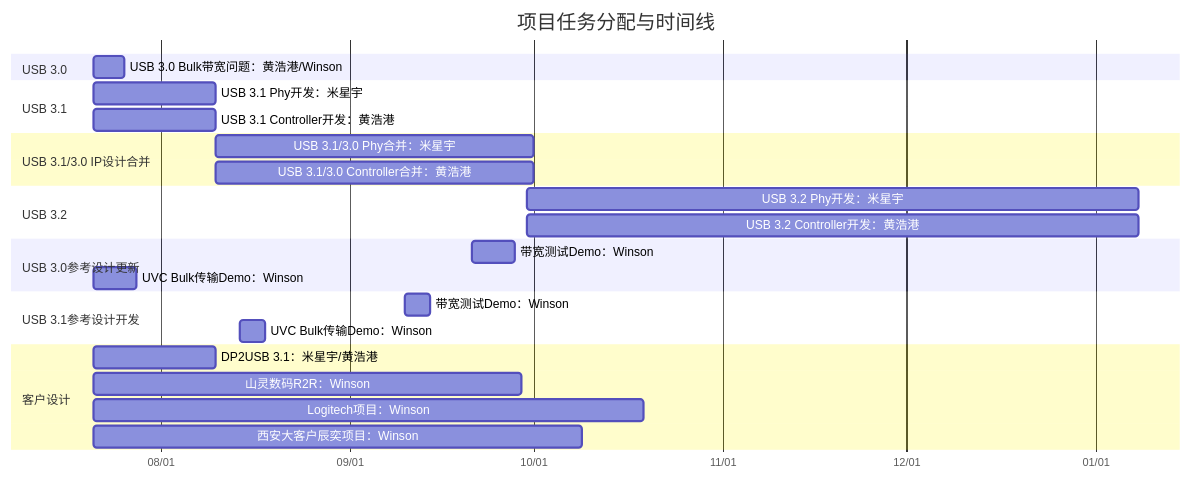
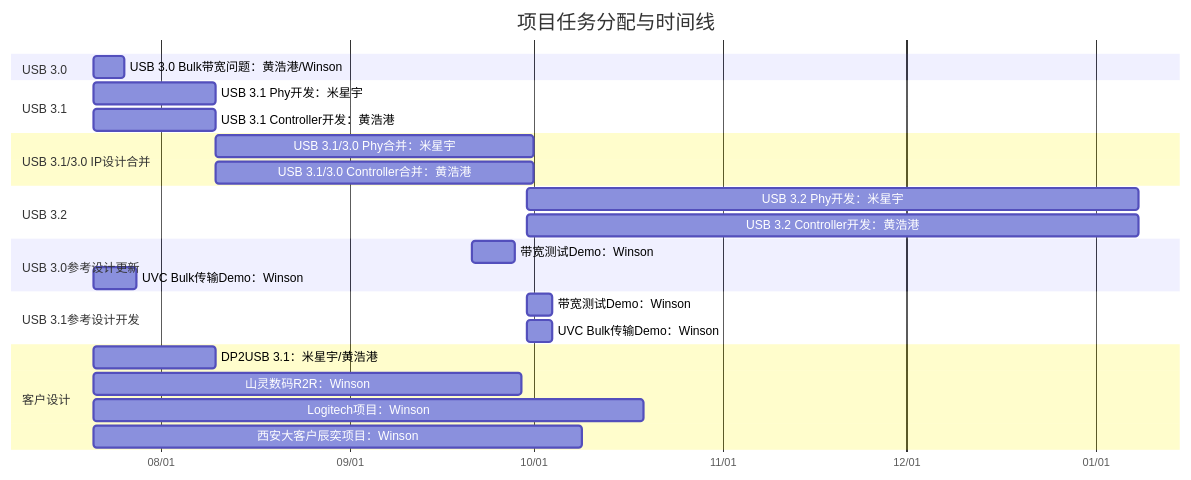
The diagram in all/未命名.md (winsonbook/iodraw-files), drawn with Mermaid before and after one commit.

Commit message:
2025-07-21 10:12:52 update

````diff
--- a/all/未命名.md
+++ b/all/未命名.md
@@ -1,35 +1,35 @@
 ```mermaid
 gantt
     title 项目任务分配与时间线
     dateFormat  YYYY-MM-DD
     axisFormat  %m/%d
 
     section USB 3.0
     USB 3.0 Bulk带宽问题：黄浩港/Winson   :    task1, 2025-07-21, 5d
 
     section USB 3.1
     USB 3.1 Phy开发：米星宇      :         task2, 2025-07-21, 20d
     USB 3.1 Controller开发：黄浩港      :  task3, 2025-07-21, 20d
 
     section USB 3.1/3.0 IP设计合并
     USB 3.1/3.0 Phy合并：米星宇       :    task4, 2025-08-10, 52d
     USB 3.1/3.0 Controller合并：黄浩港:    task5, 2025-08-10, 52d
 
     section USB 3.2
     USB 3.2 Phy开发：米星宇      :         task2, 2025-09-30, 100d
     USB 3.2 Controller开发：黄浩港      :  task3, 2025-09-30, 100d
 
     section USB 3.0参考设计更新
     带宽测试Demo：Winson       :         task6, 2025-09-21, 7d
     UVC Bulk传输Demo：Winson   :        task7, 2025-07-21, 7d
 
     section USB 3.1参考设计开发
-    带宽测试Demo：Winson       :         task8, 2025-09-10, 4d
-    UVC Bulk传输Demo：Winson   :         task9, 2025-08-14, 4d
+    带宽测试Demo：Winson       :         task8, 2025-09-30, 4d
+    UVC Bulk传输Demo：Winson   :         task9, 2025-09-30, 4d
 
     section 客户设计
     DP2USB 3.1：米星宇/黄浩港      :task10, 2025-07-21, 20d
     山灵数码R2R：Winson :             task11, 2025-07-21, 70d
     Logitech项目：Winson :            task12, 2025-07-21, 90d
     西安大客户辰奕项目：Winson :       task13, 2025-07-21, 80d
 ```
````
